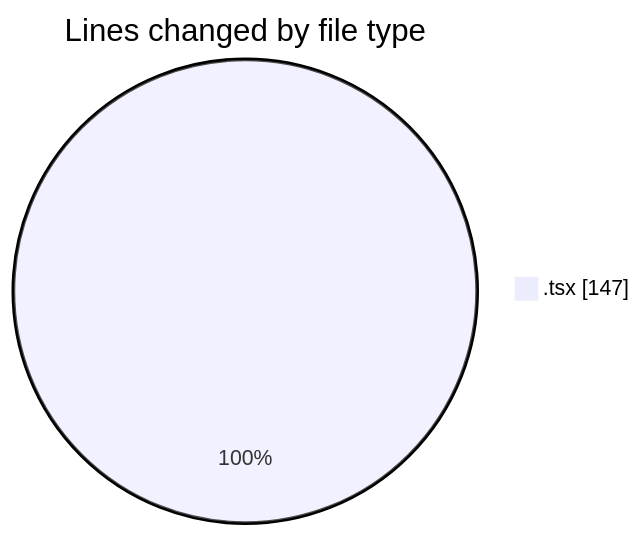
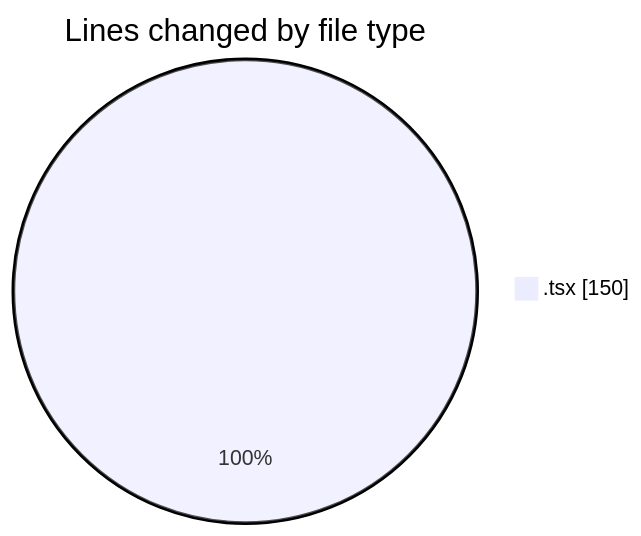
One commit to EIIisD/code-tracking changed the first of 2 diagrams in 2025-08-04/tw-server/README.md. Above: the diagram before and after it, drawn with Mermaid. The commit also changed other lines of this file and 1 other file, not shown here.

````diff
--- a/2025-08-04/tw-server/README.md
+++ b/2025-08-04/tw-server/README.md
@@ -21,5 +21,5 @@
 ```mermaid
 pie showData
 title Lines changed by file type
-".tsx" : 147
+".tsx" : 150
 ```
````
